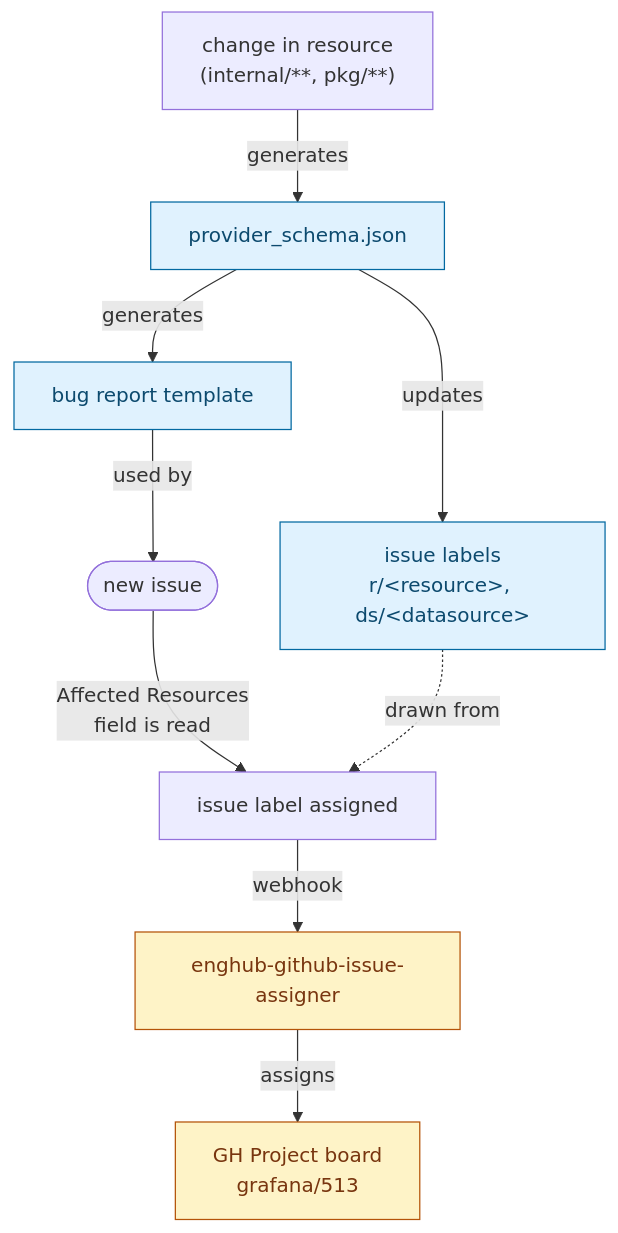
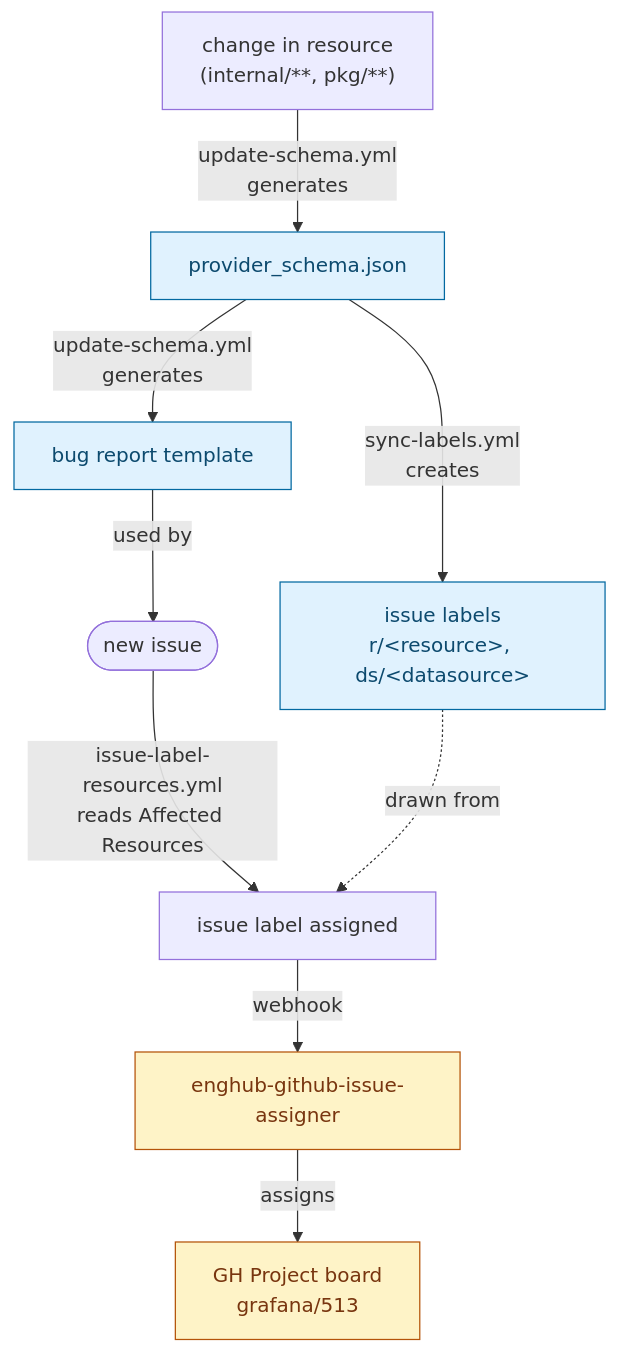
One commit to grafana/terraform-provider-grafana changed the first of 2 diagrams in .github/README.md. Above: the diagram before and after it, drawn with Mermaid. The commit also changed other lines of this file, not shown here.

First line of the commit message:
docs(github): annotate diagram edges with the workflow that runs them

````diff
--- a/.github/README.md
+++ b/.github/README.md
@@ -31,19 +35,19 @@
 ```mermaid
 flowchart TD
     src["change in resource<br/>(internal/**, pkg/**)"]
-    src -->|generates| schema[provider_schema.json]
-    schema -->|generates| tmpl[bug report template]
-    schema -->|updates| labels["issue labels<br/>r/&lt;resource&gt;, ds/&lt;datasource&gt;"]
+    src -->|update-schema.yml<br/>generates| schema[provider_schema.json]
+    schema -->|update-schema.yml<br/>generates| tmpl[bug report template]
+    schema -->|sync-labels.yml<br/>creates| labels["issue labels<br/>r/&lt;resource&gt;, ds/&lt;datasource&gt;"]
 
     issue([new issue])
     tmpl -->|used by| issue
-    issue -->|Affected Resources<br/>field is read| label_apply[issue label assigned]
+    issue -->|issue-label-resources.yml<br/>reads Affected Resources| label_apply[issue label assigned]
     labels -.->|drawn from| label_apply
     label_apply -->|webhook| eng[enghub-github-issue-assigner]
     eng -->|assigns| board["GH Project board<br/>grafana/513"]
 
     classDef artifact fill:#e0f2fe,stroke:#0369a1,color:#0c4a6e;
     classDef external fill:#fef3c7,stroke:#b45309,color:#78350f;
     class schema,tmpl,labels artifact;
     class eng,board external;
 ```
````
